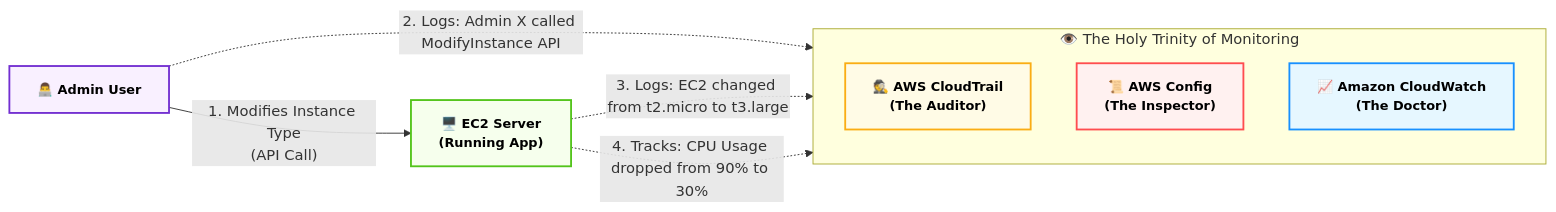
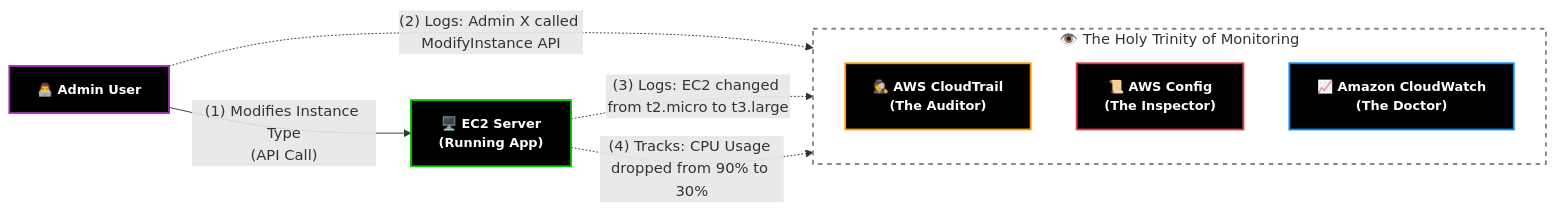
One commit to muhammad-khaled-tech/My-Study-Notes changed diagram 34 of 48 in Domain 3.md. Above: the diagram before and after it, drawn with Mermaid. The commit also changed 2 other files, not shown here.

Commit message:
vault backup: 2026-06-04 23:24:33

````diff
--- a/Domain 3.md
+++ b/Domain 3.md
@@ -3714,35 +3714,38 @@
 ```mermaid
 flowchart LR
-    %% Global Styling
-    classDef default font-weight:bold,font-size:14px,stroke-width:2px;
-    classDef user fill:#f9f0ff,stroke:#722ed1,color:#000;
-    classDef ec2 fill:#f6ffed,stroke:#52c41a,color:#000;
-    classDef monitor fill:#e6f7ff,stroke:#1890ff,color:#000;
-    classDef audit fill:#fffbe6,stroke:#faad14,color:#000;
-    classDef compliance fill:#fff1f0,stroke:#ff4d4f,color:#000;
+
+    %% ستايلات المظهر الداكن (خلفية سوداء، حدود نيون، كتابة بيضاء)
+    classDef default font-weight:bold,font-size:14px,color:#fff;
+    classDef user fill:#000000,stroke:#9c27b0,stroke-width:2px;
+    classDef ec2 fill:#000000,stroke:#00cc00,stroke-width:2px;
+    classDef monitor fill:#000000,stroke:#0088ff,stroke-width:2px;
+    classDef audit fill:#000000,stroke:#ff9800,stroke-width:2px;
+    classDef compliance fill:#000000,stroke:#e63946,stroke-width:2px;
+    classDef trinity fill:transparent,stroke:#888888,stroke-width:2px,stroke-dasharray: 5 5;
 
     Admin["👨‍💻 Admin User"]
-    Server["🖥️ EC2 Server<br/>(Running App)"]
+    Server["🖥️ EC2 Server<br>(Running App)"]
 
     subgraph The_Holy_Trinity ["👁️ The Holy Trinity of Monitoring"]
         direction TB
-        CT["🕵️ AWS CloudTrail<br/>(The Auditor)"]
-        CFG["📜 AWS Config<br/>(The Inspector)"]
-        CW["📈 Amazon CloudWatch<br/>(The Doctor)"]
+        CT["🕵️ AWS CloudTrail<br>(The Auditor)"]
+        CFG["📜 AWS Config<br>(The Inspector)"]
+        CW["📈 Amazon CloudWatch<br>(The Doctor)"]
     end
 
-    %% The Action
-    Admin -->|"1. Modifies Instance Type<br/>(API Call)"| Server
+    %% The Action (تم استبدال النقط بأقواس)
+    Admin -->|"(1) Modifies Instance Type<br>(API Call)"| Server
 
-    %% The Reactions
-    Admin -.->|"2. Logs: Admin X called ModifyInstance API"| CT
-    Server -.->|"3. Logs: EC2 changed from t2.micro to t3.large"| CFG
-    Server -.->|"4. Tracks: CPU Usage dropped from 90% to 30%"| CW
+    %% The Reactions (تم استبدال النقط بأقواس)
+    Admin -.->|"(2) Logs: Admin X called ModifyInstance API"| CT
+    Server -.->|"(3) Logs: EC2 changed from t2.micro to t3.large"| CFG
+    Server -.->|"(4) Tracks: CPU Usage dropped from 90% to 30%"| CW
 
     %% Apply Classes
     class Admin user;
     class Server ec2;
     class CT audit;
     class CFG compliance;
     class CW monitor;
+    class The_Holy_Trinity trinity;
 ```
````
